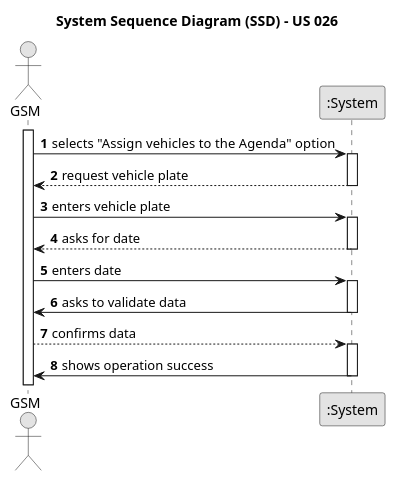
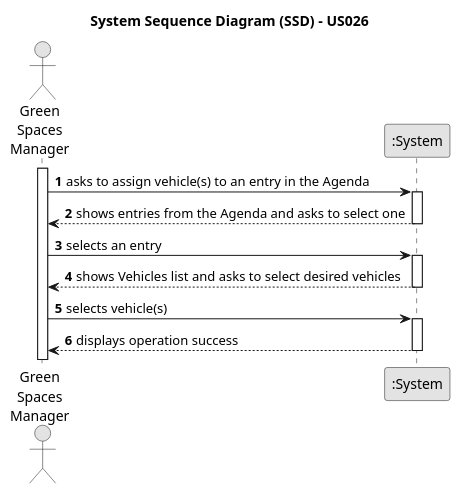
Before and after one commit to Departamento-de-Engenharia-Informatica/lei-24-s2-1dm-g132: the diagram in docs/sprintC/us026/01.requirements-engineering/puml/us026-system-sequence-diagram.puml, drawn with PlantUML. The commit also changed 5 other files, not shown here.

```diff
--- a/docs/sprintC/us026/01.requirements-engineering/puml/us026-system-sequence-diagram.puml
+++ b/docs/sprintC/us026/01.requirements-engineering/puml/us026-system-sequence-diagram.puml
@@ -1,35 +1,32 @@
 @startuml
 skinparam monochrome true
 skinparam packageStyle rectangle
 skinparam shadowing false
 
-title System Sequence Diagram (SSD) - US 026
-
+title System Sequence Diagram (SSD) - US026
 autonumber
 
-actor "GSM" as GSM
+actor "Green\nSpaces\nManager" as GSM
 participant ":System" as System
 
 activate GSM
 
-    GSM -> System: selects "Assign  vehicles to the Agenda" option
+    GSM -> System : asks to assign vehicle(s) to an entry in the Agenda
     activate System
 
-         System --> GSM: request vehicle plate
-            deactivate System
-                GSM -> System: enters vehicle plate
-                    activate System
-                       System --> GSM: asks for date
+        System --> GSM : shows entries from the Agenda and asks to select one
+    deactivate System
 
-                                deactivate System
+    GSM -> System : selects an entry
+    activate System
 
-                                                GSM -> System: enters date
-                                                       activate System
-                                    System -> GSM: asks to validate data
+        System --> GSM : shows Vehicles list and asks to select desired vehicles
+    deactivate System
 
-                                    deactivate System
-                                                                           GSM --> System: confirms data
-                                                                                    activate System
-                                                                                      System -> GSM: shows operation success
-                                                                                      deactivate System
+    GSM -> System : selects vehicle(s)
+    activate System
+
+        System --> GSM : displays operation success
+    deactivate System
+
 @enduml
```
